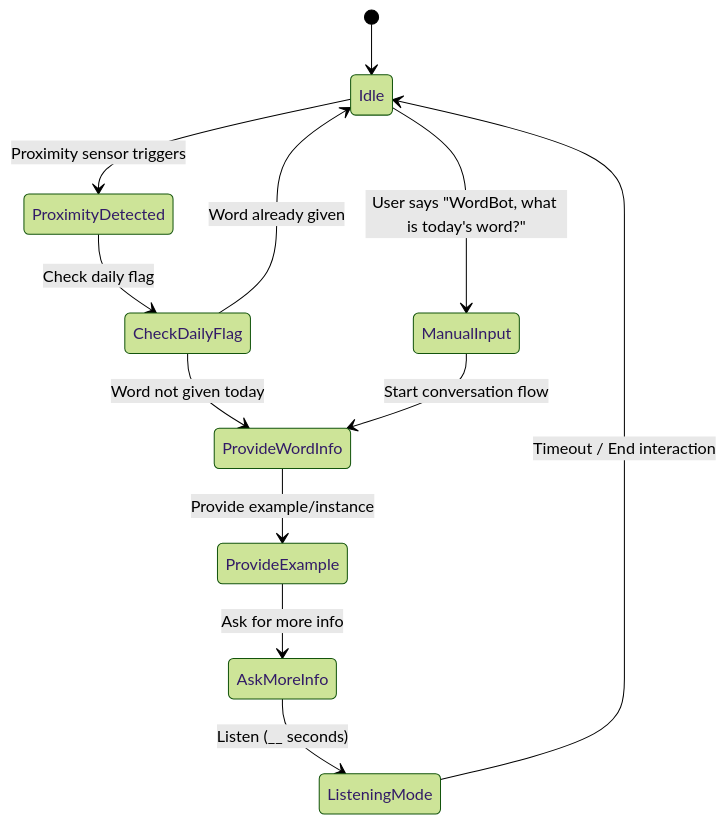
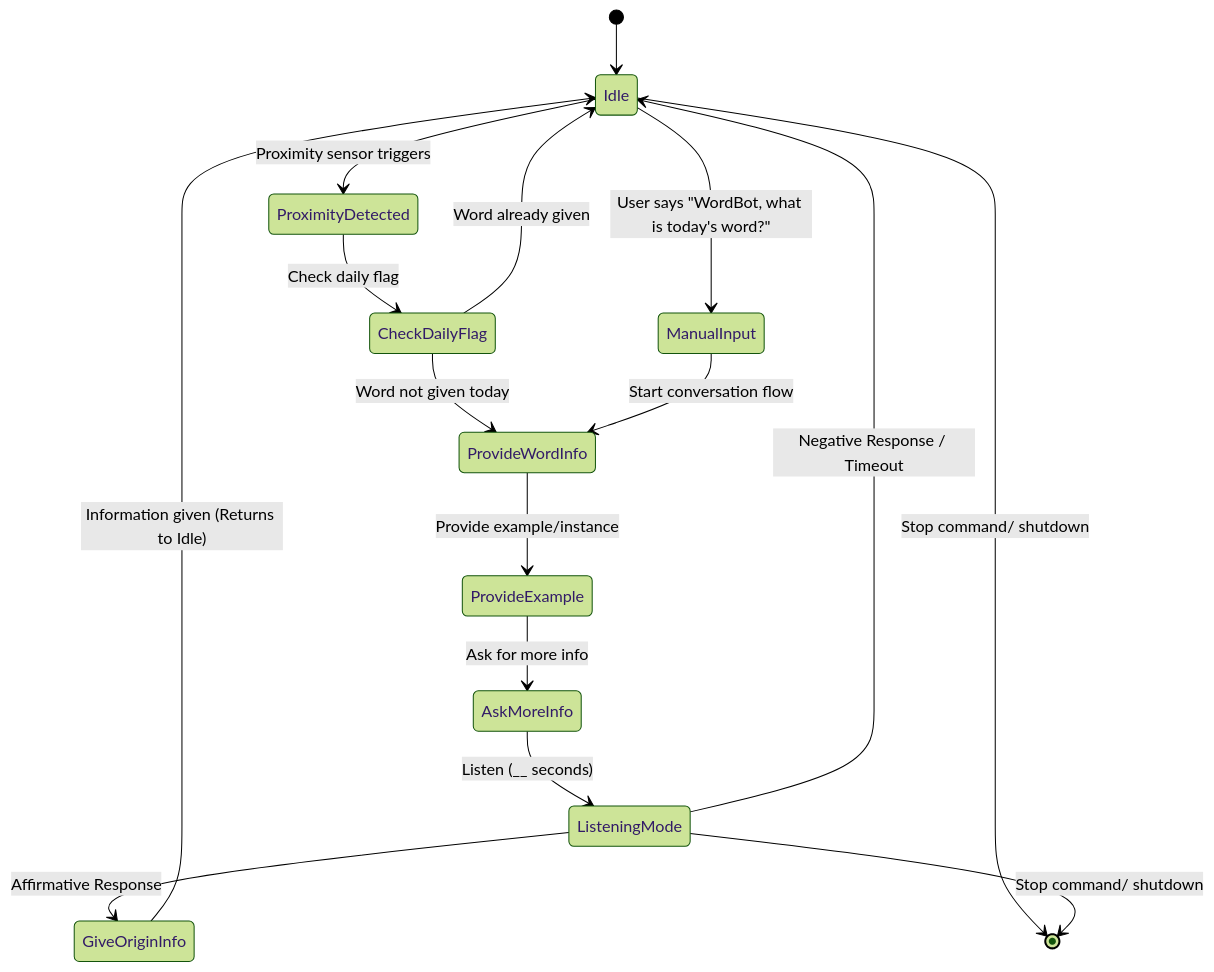
One commit to ji227/Jesse-Iriah-s-Lab-Hub changed the second of 2 diagrams in Lab 3/README.md. Above: the diagram before and after it, drawn with Mermaid (forest theme). The commit also changed other lines of this file, not shown here.

````diff
--- a/Lab 3/README.md
+++ b/Lab 3/README.md
@@ -94,14 +95,24 @@
 ```mermaid
 stateDiagram-v2
     [*] --> Idle
     Idle --> ProximityDetected : Proximity sensor triggers
+    Idle --> ManualInput : User says "WordBot, what is today's word?"
+    Idle --> [*] : Stop command/ shutdown
+    
     ProximityDetected --> CheckDailyFlag : Check daily flag
     CheckDailyFlag --> ProvideWordInfo : Word not given today
     CheckDailyFlag --> Idle : Word already given
+    
+    ManualInput --> ProvideWordInfo : Start conversation flow
+    
     ProvideWordInfo --> ProvideExample : Provide example/instance
     ProvideExample --> AskMoreInfo : Ask for more info
+    
     AskMoreInfo --> ListeningMode : Listen (__ seconds)
-    ListeningMode --> Idle : Timeout / End interaction
-    Idle --> ManualInput : User says "WordBot, what is today's word?"
-    ManualInput --> ProvideWordInfo : Start conversation flow
+    
+    ListeningMode --> GiveOriginInfo : Affirmative Response 
+    ListeningMode --> Idle : Negative Response / Timeout
+    ListeningMode --> [*] : Stop command/ shutdown
+    
+    GiveOriginInfo --> Idle : Information given (Returns to Idle)
 ```
````
